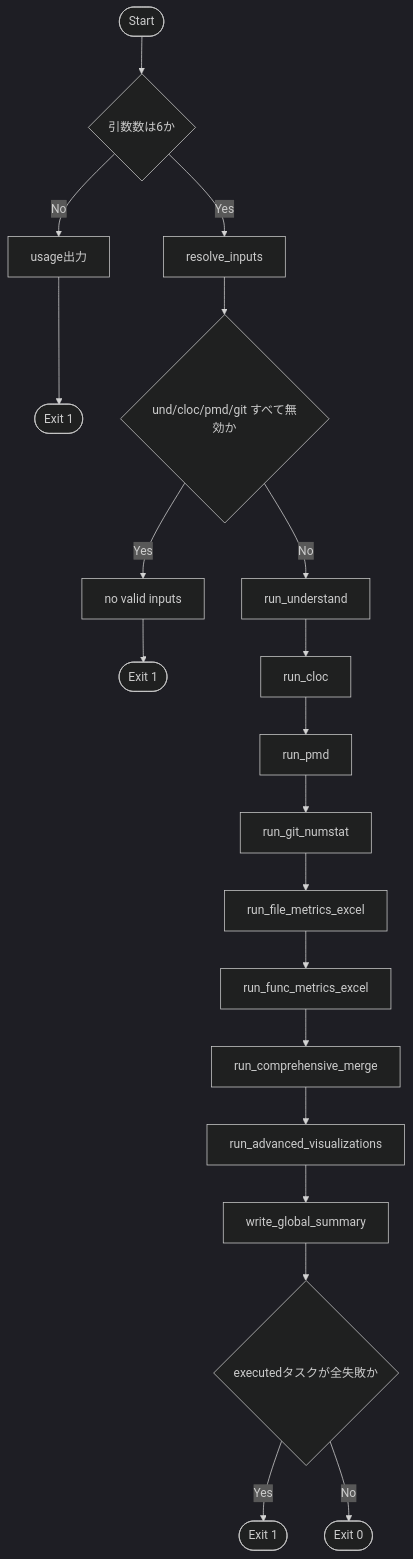
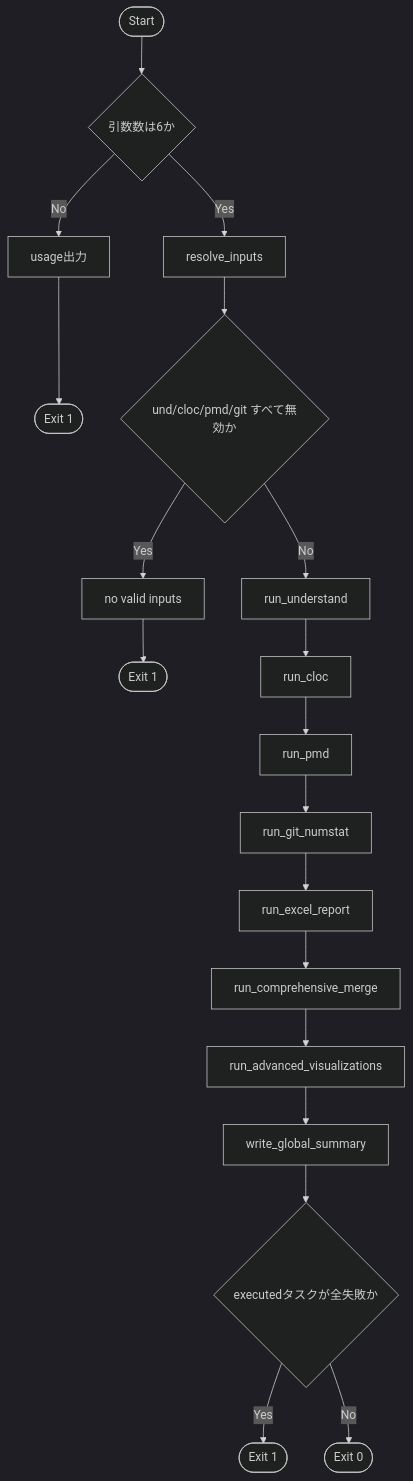
Before and after one commit to yskforest/report_analysis: the fourth of 5 diagrams in docs/design.md, drawn with Mermaid (dark theme). The commit also changed other lines of this file and 11 other files, not shown here.

Commit message:
feat: implement Excel report generation module and add corresponding integration tests

````diff
--- a/docs/design.md
+++ b/docs/design.md
@@ -297,20 +297,19 @@
 ```mermaid
 flowchart TD
     A([Start]) --> B{引数数は6か}
     B -- No --> X1[usage出力] --> Z1([Exit 1])
     B -- Yes --> C[resolve_inputs]
     C --> D{und/cloc/pmd/git すべて無効か}
     D -- Yes --> X2[no valid inputs] --> Z2([Exit 1])
     D -- No --> E[run_understand]
     E --> F[run_cloc]
     F --> G[run_pmd]
     G --> H[run_git_numstat]
-    H --> I[run_file_metrics_excel]
-    I --> J[run_func_metrics_excel]
-    J --> K[run_comprehensive_merge]
+    H --> I[run_excel_report]
+    I --> K[run_comprehensive_merge]
     K --> L[run_advanced_visualizations]
     L --> M[write_global_summary]
     M --> N{executedタスクが全失敗か}
     N -- Yes --> Z3([Exit 1])
     N -- No --> Z4([Exit 0])
 ```
````
